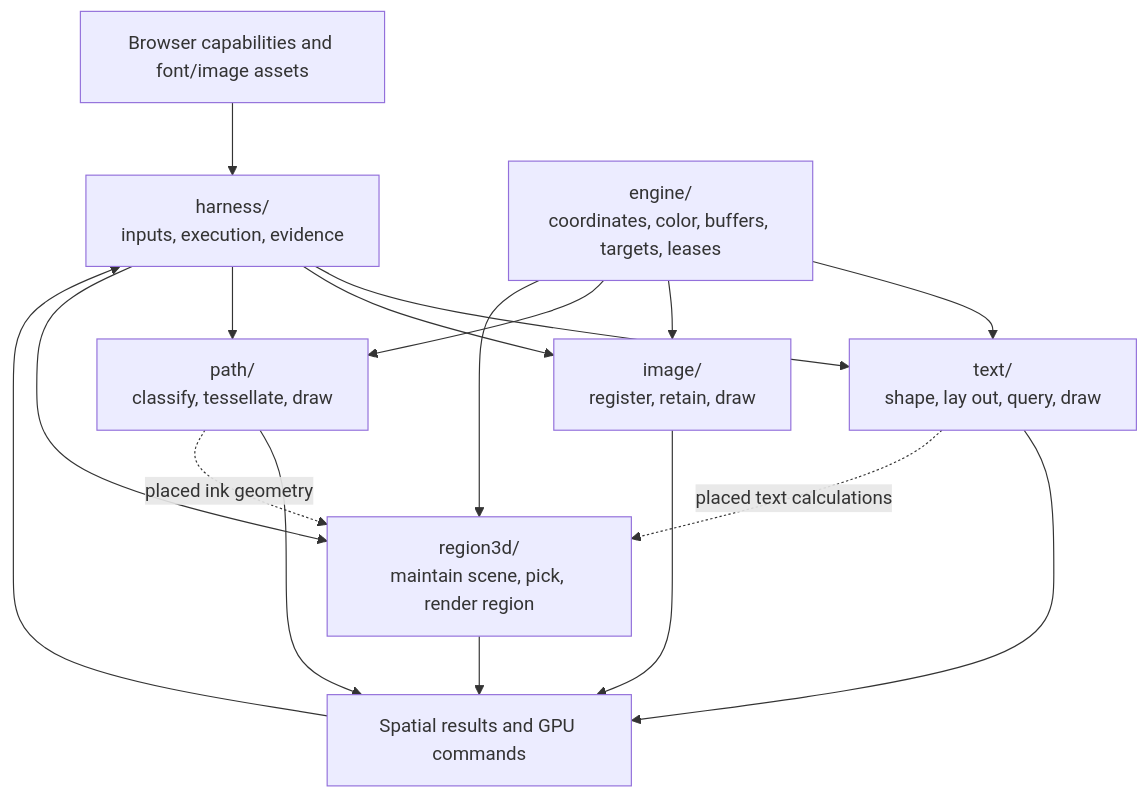
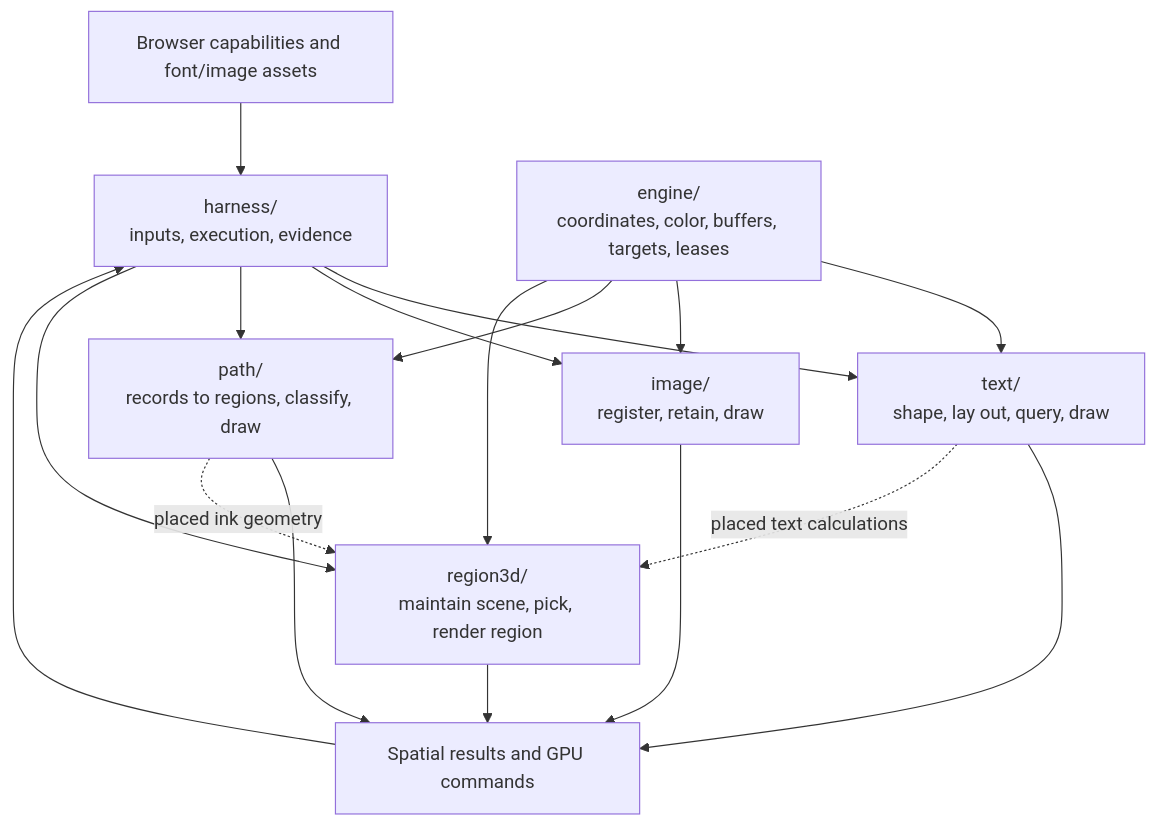
Before and after one commit to sid597/Softland: the diagram in src/app/client/README.md, drawn with Mermaid. The commit also changed other lines of this file and 26 other files, not shown here.

````diff
--- a/src/app/client/README.md
+++ b/src/app/client/README.md
@@ -7,13 +7,13 @@
 ```mermaid
 flowchart TB
     A["Browser capabilities and font/image assets"] --> H["harness/<br/>inputs, execution, evidence"]
     H --> T["text/<br/>shape, lay out, query, draw"]
     H --> I["image/<br/>register, retain, draw"]
-    H --> P["path/<br/>classify, tessellate, draw"]
+    H --> P["path/<br/>records to regions, classify, draw"]
     H --> R["region3d/<br/>maintain scene, pick, render region"]
     E["engine/<br/>coordinates, color, buffers, targets, leases"] --> T & I & P & R
     T & I & P & R --> O["Spatial results and GPU commands"]
     O --> H
     T -. "placed text calculations" .-> R
     P -. "placed ink geometry" .-> R
 ```
````
